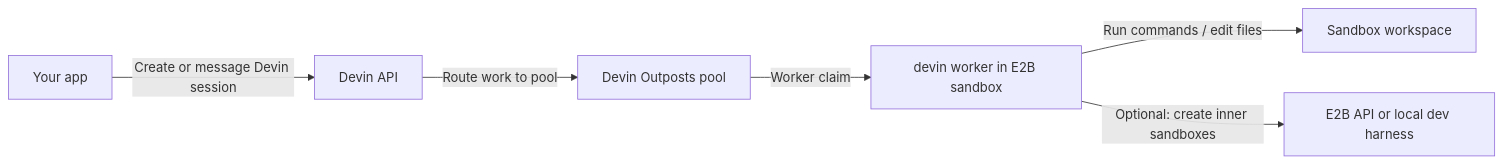
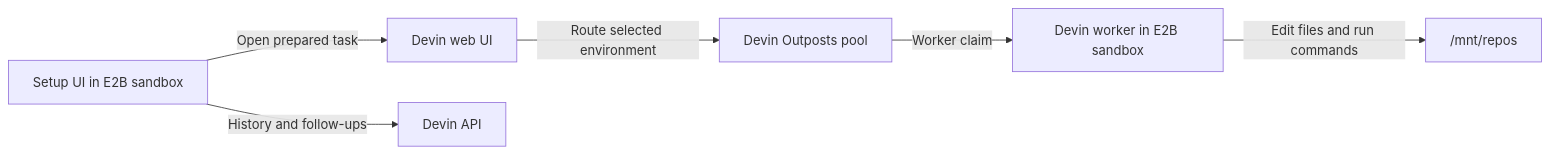
Before and after one commit to max-sudolabs/docs: the diagram in docs/agents/devin.mdx, drawn with Mermaid. The commit also changed other lines of this file, not shown here.

First line of the commit message:
Document the public Devin Outposts template

````diff
--- a/docs/agents/devin.mdx
+++ b/docs/agents/devin.mdx
@@ -71,8 +145,8 @@
 ```mermaid
 flowchart LR
-  App["Your app"] -->|"Create or message Devin session"| Devin["Devin API"]
-  Devin -->|"Route work to pool"| Pool["Devin Outposts pool"]
-  Pool -->|"Worker claim"| Worker["devin worker in E2B sandbox"]
-  Worker -->|"Run commands / edit files"| Workspace["Sandbox workspace"]
-  Worker -->|"Optional: create inner sandboxes"| E2B["E2B API or local dev harness"]
+  UI["Setup UI in E2B sandbox"] -->|"Open prepared task"| DevinWeb["Devin web UI"]
+  DevinWeb -->|"Route selected environment"| Pool["Devin Outposts pool"]
+  Pool -->|"Worker claim"| Worker["Devin worker in E2B sandbox"]
+  Worker -->|"Edit files and run commands"| Workspace["/mnt/repos"]
+  UI -->|"History and follow-ups"| DevinAPI["Devin API"]
 ```
````
